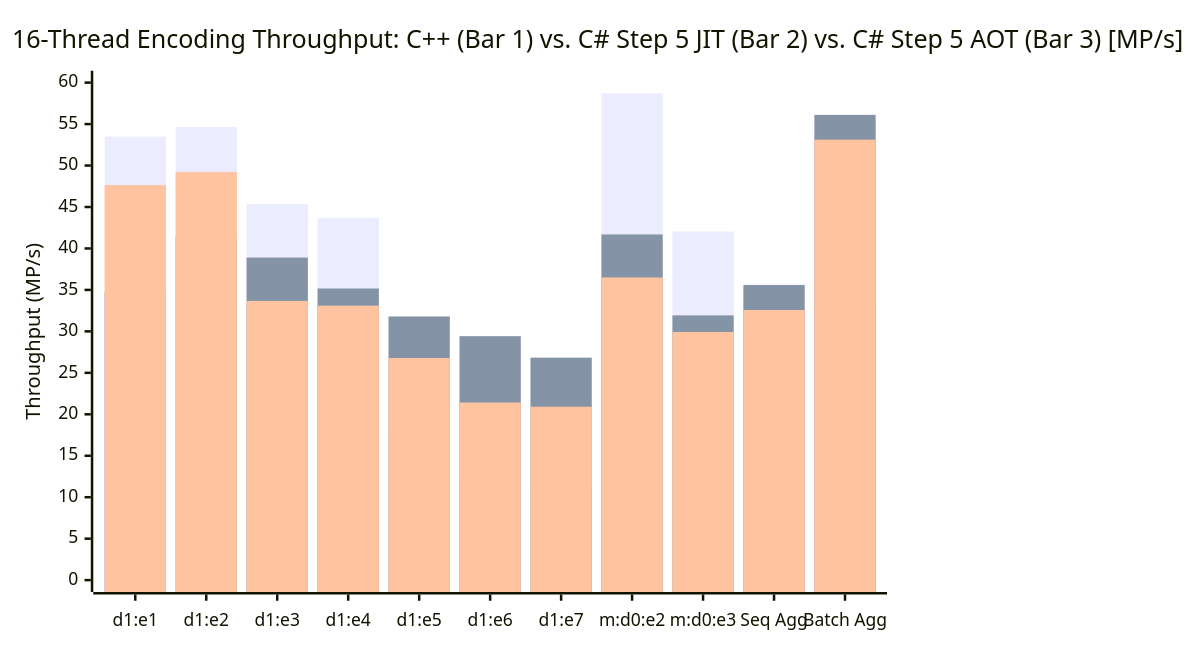
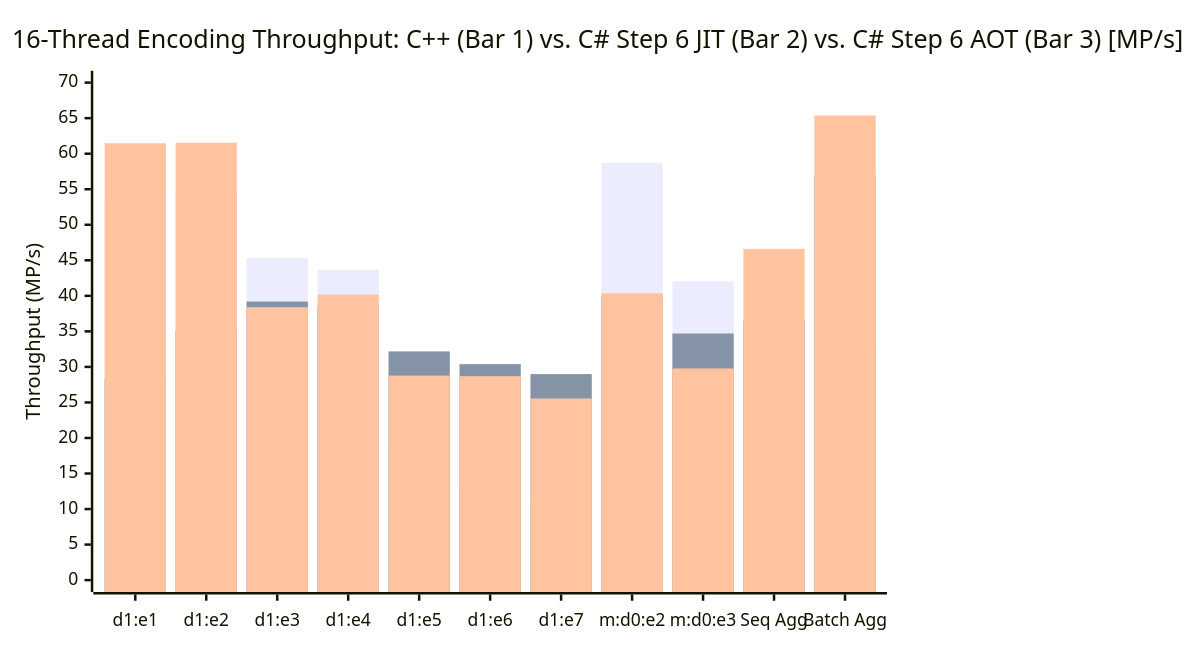
Before and after one commit to Hefaistos68/jxlsharp: the first of 2 diagrams in benchmark.md, drawn with Mermaid. The commit also changed other lines of this file, not shown here.

Commit message:
Update benchmark.md with Step 6 AVX2 vectorization results

````diff
--- a/benchmark.md
+++ b/benchmark.md
@@ -315,9 +389,9 @@
 ```mermaid
 xychart-beta
-    title "16-Thread Encoding Throughput: C++ (Bar 1) vs. C# Step 5 JIT (Bar 2) vs. C# Step 5 AOT (Bar 3) [MP/s]"
+    title "16-Thread Encoding Throughput: C++ (Bar 1) vs. C# Step 6 JIT (Bar 2) vs. C# Step 6 AOT (Bar 3) [MP/s]"
     x-axis ["d1:e1", "d1:e2", "d1:e3", "d1:e4", "d1:e5", "d1:e6", "d1:e7", "m:d0:e2", "m:d0:e3", "Seq Agg", "Batch Agg"]
-    y-axis "Throughput (MP/s)" 0 --> 60
+    y-axis "Throughput (MP/s)" 0 --> 70
     bar [53.49, 54.64, 45.35, 43.68, 18.64, 12.21, 11.01, 58.70, 42.05, 35.12, 32.78]
-    bar [34.79, 41.40, 38.90, 35.17, 31.80, 29.42, 26.83, 41.69, 31.93, 35.60, 56.11]
-    bar [47.64, 49.21, 33.67, 33.10, 26.79, 21.42, 20.91, 36.50, 29.93, 32.58, 53.12]
+    bar [28.34, 35.18, 39.20, 38.63, 32.18, 30.39, 28.99, 39.87, 34.70, 36.50, 56.87]
+    bar [61.47, 61.54, 38.41, 40.17, 28.78, 28.70, 25.56, 40.36, 29.78, 46.61, 65.38]
 ```
````
